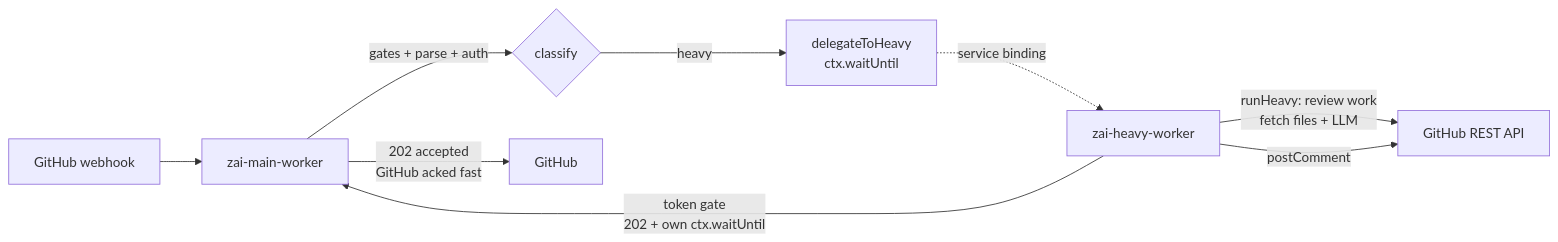
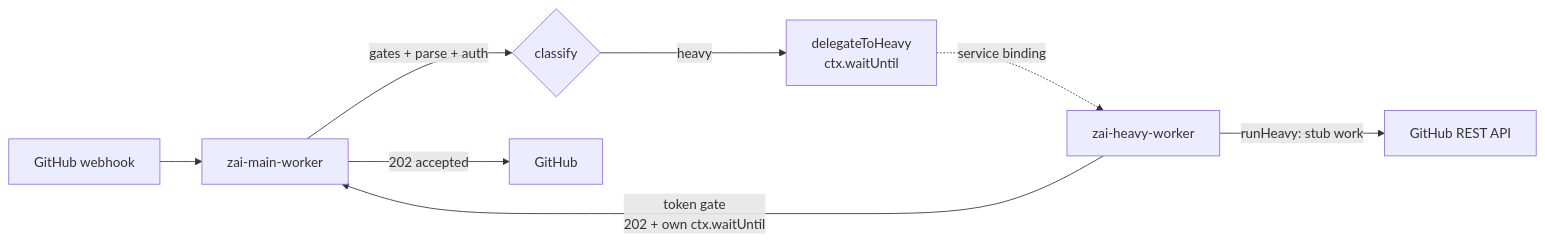
One commit to AndreiDrang/zai-code-bot changed the fourth of 4 diagrams in poc/README.md. Above: the diagram before and after it, drawn with Mermaid. The commit also changed other lines of this file, not shown here.

First line of the commit message:
docs(poc): rewrite readme for durable storage architecture

````diff
--- a/poc/README.md
+++ b/poc/README.md
@@ -96,11 +200,10 @@
 ```mermaid
 flowchart LR
   WH[GitHub webhook] --> MAIN[zai-main-worker]
   MAIN -->|gates + parse + auth| ROUTE{classify}
   ROUTE -->|heavy| DEL[delegateToHeavy\nctx.waitUntil]
-  MAIN -->|202 accepted\nGitHub acked fast| GH[GitHub]
+  MAIN -->|202 accepted| GH[GitHub]
   DEL -. service binding .-> HEAVY[zai-heavy-worker]
   HEAVY -->|token gate\n202 + own ctx.waitUntil| MAIN
-  HEAVY -->|runHeavy: review work\nfetch files + LLM| GH2[GitHub REST API]
-  HEAVY -->|postComment| GH2
+  HEAVY -->|runHeavy: stub work| GH2[GitHub REST API]
 ```
````
